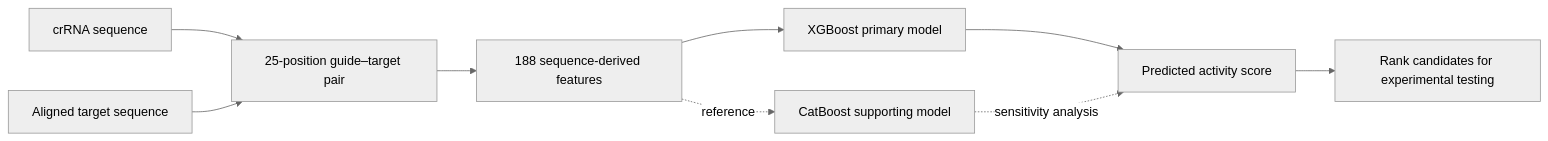
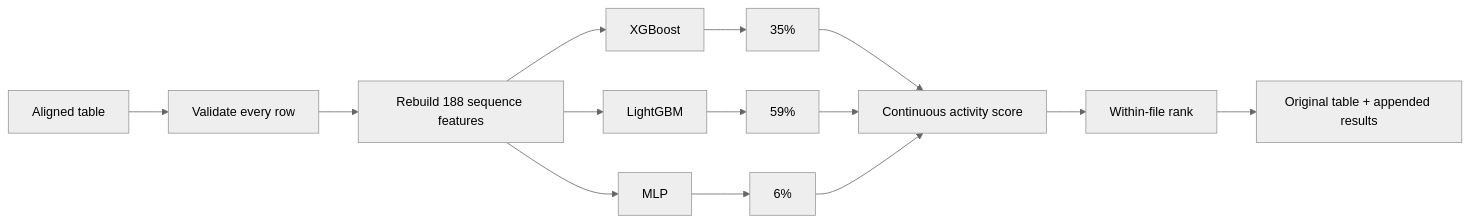
One commit to ZebraL415/Cas12a-Activity-Ranker changed the diagram in README.md. Above: the diagram before and after it, drawn with Mermaid (neutral theme). The commit also changed other lines of this file and 43 other files, not shown here.

````diff
--- a/README.md
+++ b/README.md
@@ -17,11 +79,16 @@
 ```mermaid
 flowchart LR
-    A["crRNA sequence"] --> C["25-position guide–target pair"]
-    B["Aligned target sequence"] --> C
-    C --> D["188 sequence-derived features"]
-    D --> E["XGBoost primary model"]
-    D -. reference .-> F["CatBoost supporting model"]
-    E --> G["Predicted activity score"]
-    F -. sensitivity analysis .-> G
-    G --> H["Rank candidates for experimental testing"]
+    A["Aligned table"] --> B["Validate every row"]
+    B --> C["Rebuild 188 sequence features"]
+    C --> D1["XGBoost"]
+    C --> D2["LightGBM"]
+    C --> D3["MLP"]
+    D1 --> E["35%"]
+    D2 --> E2["59%"]
+    D3 --> E3["6%"]
+    E --> F["Continuous activity score"]
+    E2 --> F
+    E3 --> F
+    F --> G["Within-file rank"]
+    G --> H["Original table + appended results"]
 ```
````
